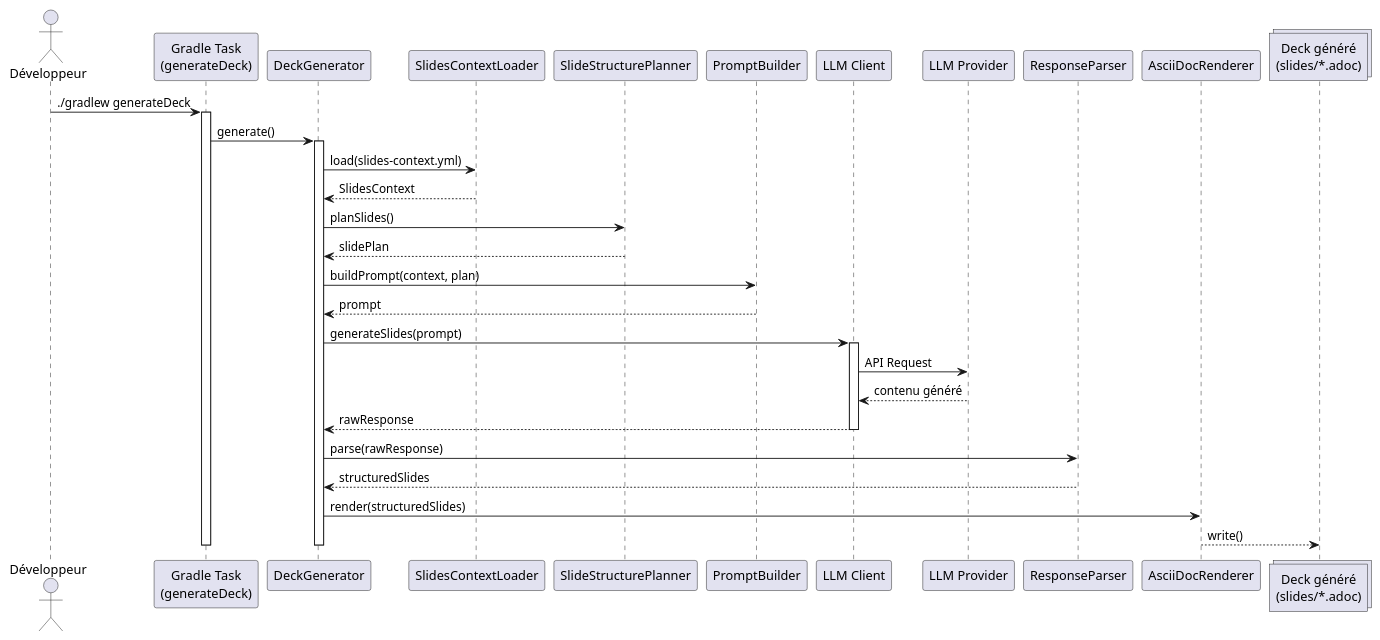
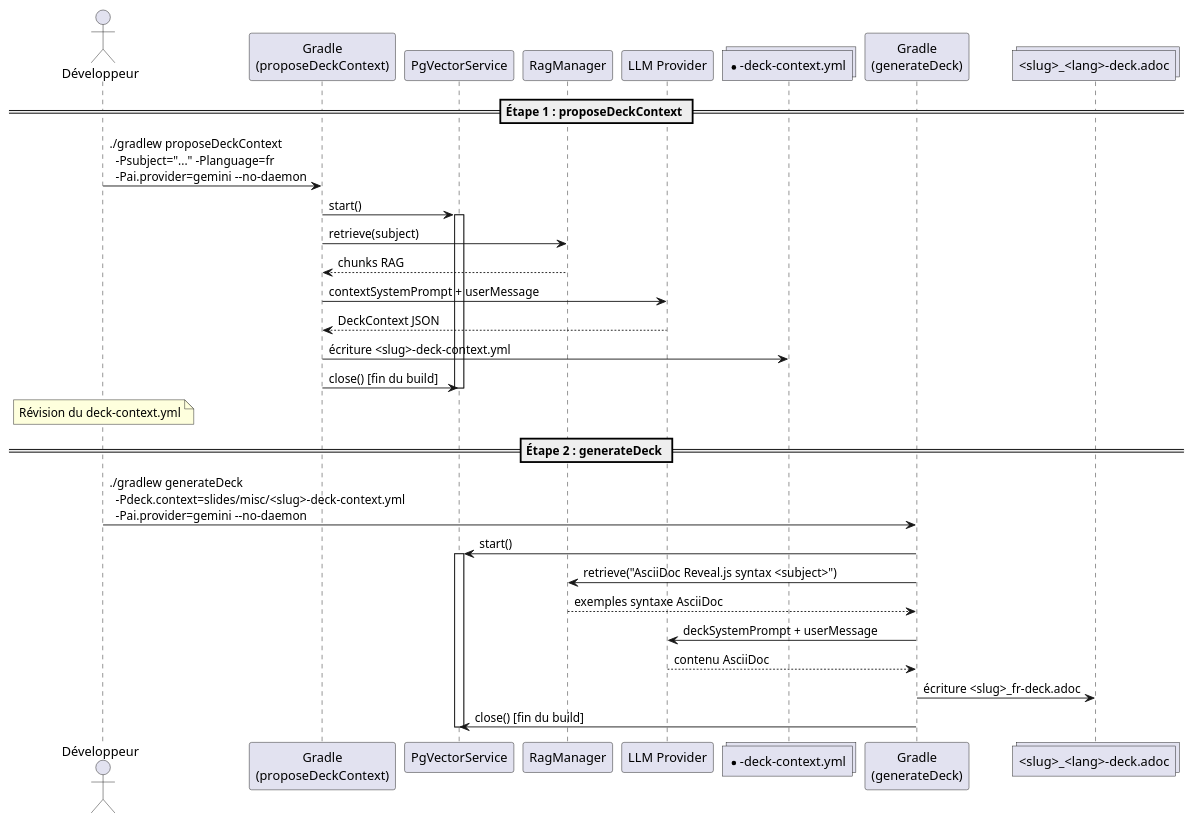
One commit to cheroliv/slider-gradle changed the eighth of 10 diagrams in README_plantuml_fr.adoc. Above: the diagram before and after it, drawn with PlantUML. The commit also changed other lines of this file and 1 other file, not shown here.

Commit message:
📝 docs(README_plantuml*): update AI generation process and file structure for deck context and generated decks

```diff
--- a/README_plantuml_fr.adoc
+++ b/README_plantuml_fr.adoc
@@ -582,47 +535,43 @@
 [plantuml]
 ....
 @startuml
 actor Développeur
 
-participant "Gradle Task\n(generateDeck)" as GradleTask
-participant "DeckGenerator"
-participant "SlidesContextLoader"
-participant "SlideStructurePlanner"
-participant "PromptBuilder"
-participant "LLM Client"
-participant "LLM Provider"
-participant "ResponseParser"
-participant "AsciiDocRenderer"
-collections "Deck généré\n(slides/*.adoc)" as Output
+participant "Gradle\n(proposeDeckContext)" as Propose
+participant "PgVectorService" as PGS
+participant "RagManager" as RAG
+participant "LLM Provider" as LLM
+collections "*-deck-context.yml" as CtxFile
 
-Développeur -> GradleTask : ./gradlew generateDeck
+participant "Gradle\n(generateDeck)" as Generate
+collections "<slug>_<lang>-deck.adoc" as DeckFile
 
-activate GradleTask
-GradleTask -> DeckGenerator : generate()
+== Étape 1 : proposeDeckContext ==
 
-activate DeckGenerator
-DeckGenerator -> SlidesContextLoader : load(slides-context.yml)
-SlidesContextLoader --> DeckGenerator : SlidesContext
+Développeur -> Propose : ./gradlew proposeDeckContext\n  -Psubject="..." -Planguage=fr\n  -Pai.provider=gemini --no-daemon
+Propose -> PGS : start()
+activate PGS
+Propose -> RAG : retrieve(subject)
+RAG --> Propose : chunks RAG
+Propose -> LLM : contextSystemPrompt + userMessage
+LLM --> Propose : DeckContext JSON
+Propose -> CtxFile : écriture <slug>-deck-context.yml
+Propose -> PGS : close() [fin du build]
+deactivate PGS
 
-DeckGenerator -> SlideStructurePlanner : planSlides()
-SlideStructurePlanner --> DeckGenerator : slidePlan
+note over Développeur : Révision du deck-context.yml
 
-DeckGenerator -> PromptBuilder : buildPrompt(context, plan)
-PromptBuilder --> DeckGenerator : prompt
+== Étape 2 : generateDeck ==
 
-DeckGenerator -> "LLM Client" : generateSlides(prompt)
-activate "LLM Client"
-"LLM Client" -> "LLM Provider" : API Request
-"LLM Provider" --> "LLM Client" : contenu généré
-"LLM Client" --> DeckGenerator : rawResponse
-deactivate "LLM Client"
-
-DeckGenerator -> ResponseParser : parse(rawResponse)
-ResponseParser --> DeckGenerator : structuredSlides
-
-DeckGenerator -> AsciiDocRenderer : render(structuredSlides)
-AsciiDocRenderer --> Output : write()
-deactivate DeckGenerator
-deactivate GradleTask
+Développeur -> Generate : ./gradlew generateDeck\n  -Pdeck.context=slides/misc/<slug>-deck-context.yml\n  -Pai.provider=gemini --no-daemon
+Generate -> PGS : start()
+activate PGS
+Generate -> RAG : retrieve("AsciiDoc Reveal.js syntax <subject>")
+RAG --> Generate : exemples syntaxe AsciiDoc
+Generate -> LLM : deckSystemPrompt + userMessage
+LLM --> Generate : contenu AsciiDoc
+Generate -> DeckFile : écriture <slug>_fr-deck.adoc
+Generate -> PGS : close() [fin du build]
+deactivate PGS
 @enduml
 ....
```
